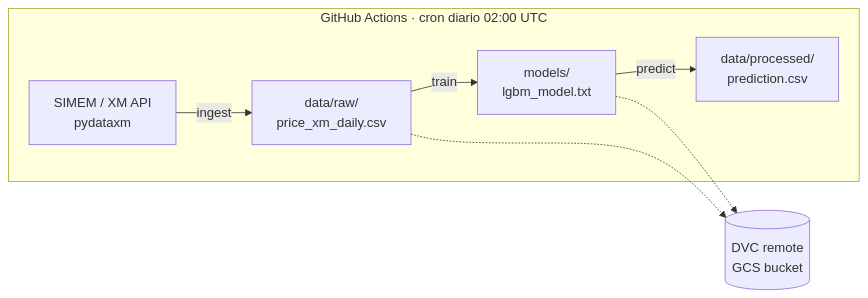
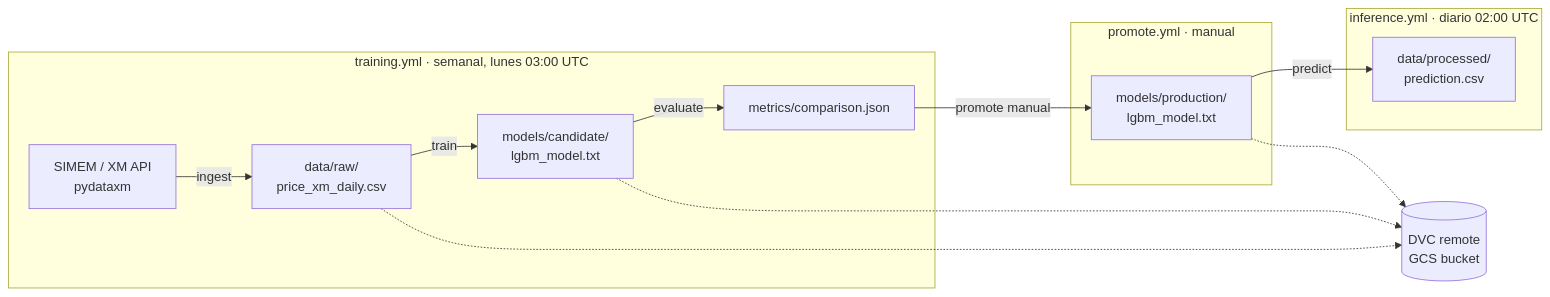
One commit to carlos-osorio/xm-energy-mlops changed the diagram in README.md. Above: the diagram before and after it, drawn with Mermaid. The commit also changed other lines of this file, not shown here.

````diff
--- a/README.md
+++ b/README.md
@@ -11,13 +13,22 @@
 ```mermaid
 flowchart LR
     A[SIMEM / XM API<br/>pydataxm] -->|ingest| B[data/raw/<br/>price_xm_daily.csv]
-    B -->|train| C[models/<br/>lgbm_model.txt]
-    C -->|predict| D[data/processed/<br/>prediction.csv]
+    B -->|train| C[models/candidate/<br/>lgbm_model.txt]
+    C -->|evaluate| E[metrics/comparison.json]
+    E -->|promote manual| F[models/production/<br/>lgbm_model.txt]
+    F -->|predict| D[data/processed/<br/>prediction.csv]
 
     B -.-> R[(DVC remote<br/>GCS bucket)]
     C -.-> R
+    F -.-> R
 
-    subgraph CI[GitHub Actions · cron diario 02:00 UTC]
-        A & B & C & D
+    subgraph T[training.yml · semanal, lunes 03:00 UTC]
+        A & B & C & E
+    end
+    subgraph P[promote.yml · manual]
+        F
+    end
+    subgraph I[inference.yml · diario 02:00 UTC]
+        D
     end
 ```
````
